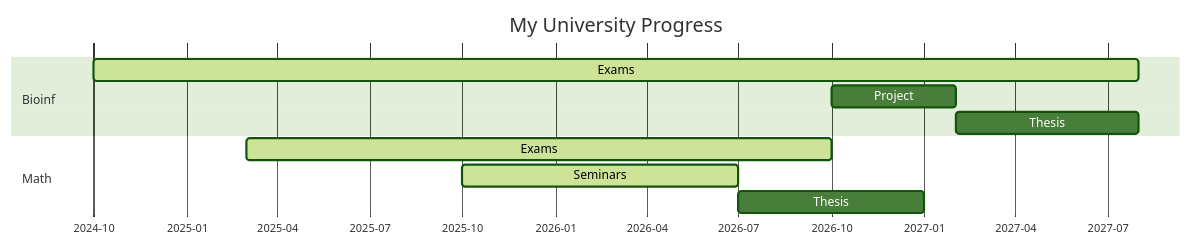
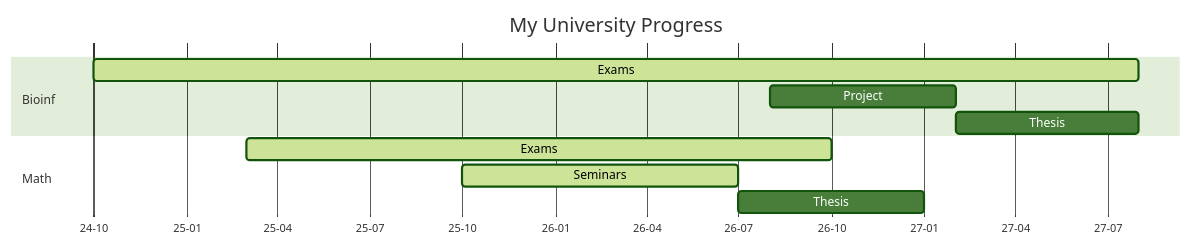
One commit to Bg-Ch-git/bg-ch-git.github.io changed the first of 3 diagrams in _posts/2026-05-02-educational-jorney-in-vienna.md. Above: the diagram before and after it, drawn with Mermaid (forest theme).

Commit message:
docs: gantt fix

````diff
--- a/_posts/2026-05-02-educational-jorney-in-vienna.md
+++ b/_posts/2026-05-02-educational-jorney-in-vienna.md
@@ -88,16 +88,16 @@
 ```mermaid
 gantt
     title My University Progress
-    dateFormat  YYYY-MM
-    axisFormat %Y-%m
+    dateFormat  YY-MM
+    axisFormat %y-%m
 
     section Bioinf
-    Exams   : active, bio1, 2024-10, 34M
-    Project           : bio2, 2026-10, 4M
+    Exams   : active, bio1, 24-10, 34M
+    Project           : bio2, 26-08, 6M
     Thesis            : after bio2, 6M
 
     section Math
-    Exams   : active, math1, 2025-03, 19M
-    Seminars : active, math2, 2025-10, 9M
+    Exams   : active, math1, 25-03, 19M
+    Seminars : active, math2, 25-10, 9M
     Thesis            : after math2, 6M
 ```
````
